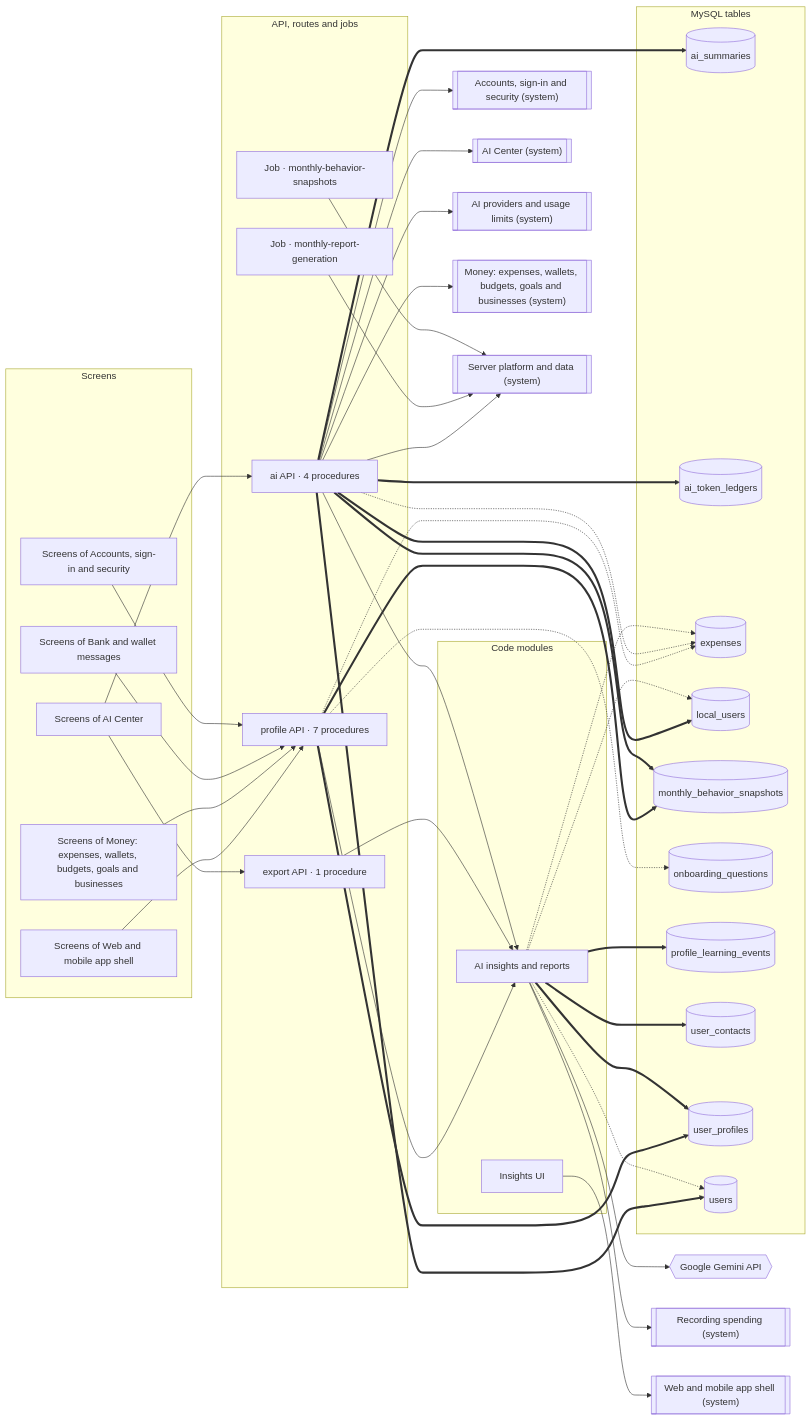
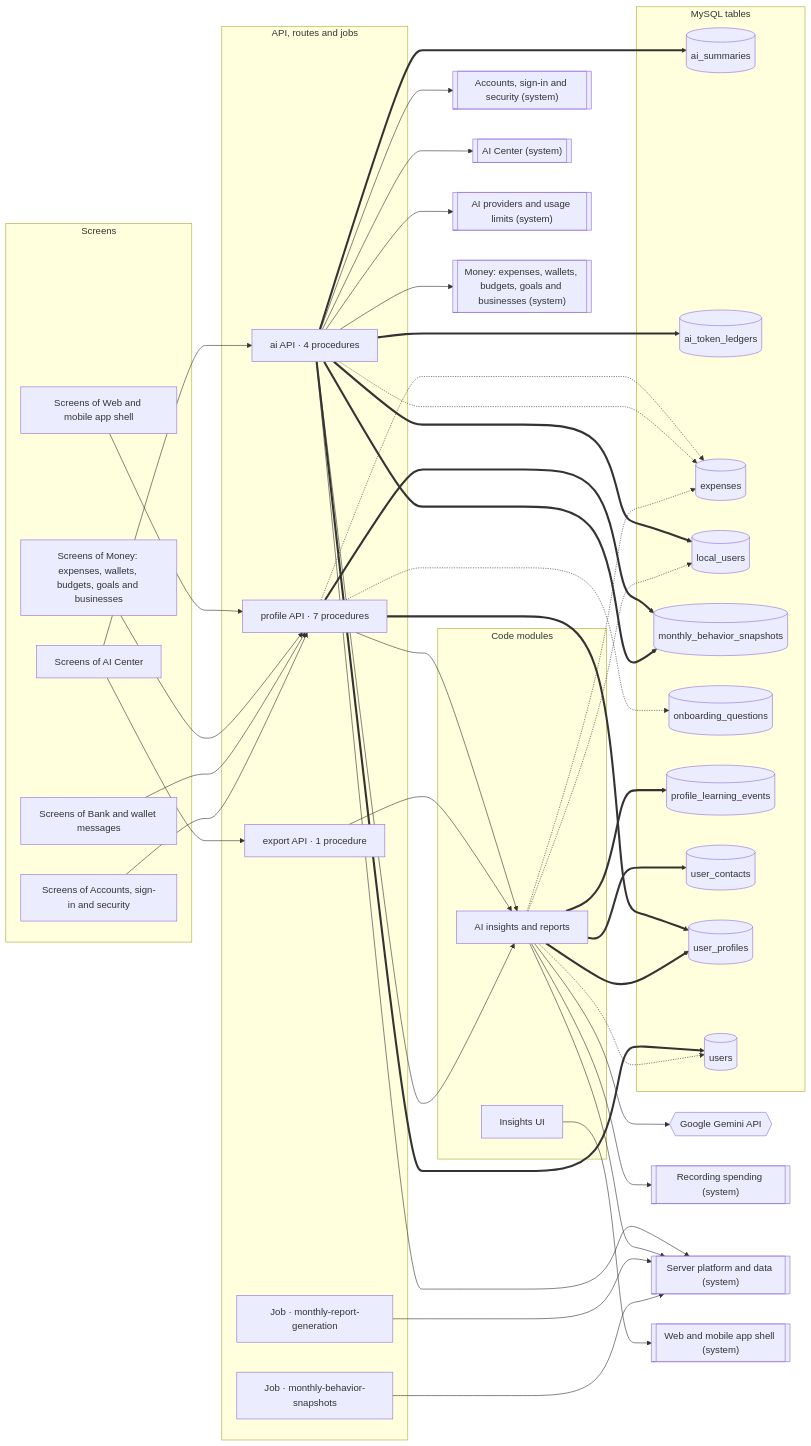
One commit to mahmoudtaherr111/smartspend_mini_all changed the diagram in docs/atlas/systems/insights.md. Above: the diagram before and after it, drawn with Mermaid. The commit also changed 48 other files, not shown here.

````diff
--- a/docs/atlas/systems/insights.md
+++ b/docs/atlas/systems/insights.md
@@ -13,76 +13,77 @@
 ```mermaid
 flowchart LR
   subgraph g_screens["Screens"]
     screens_accounts["Screens of Accounts, sign-in and security"]
     screens_ai_center["Screens of AI Center"]
     screens_bank_messages["Screens of Bank and wallet messages"]
     screens_money["Screens of Money: expenses, wallets, budgets, goals and businesses"]
     screens_web_app["Screens of Web and mobile app shell"]
   end
   subgraph g_api["API, routes and jobs"]
     job_monthly_behavior_snapshots["Job · monthly-behavior-snapshots"]
     job_monthly_report_generation["Job · monthly-report-generation"]
     router_ai["ai API · 4 procedures"]
     router_export["export API · 1 procedure"]
     router_profile["profile API · 7 procedures"]
   end
   subgraph g_modules["Code modules"]
     mod_ai_insights["AI insights and reports"]
     mod_web_insights["Insights UI"]
   end
   subgraph g_tables["MySQL tables"]
     tbl_ai_summaries[("ai_summaries")]
     tbl_ai_token_ledgers[("ai_token_ledgers")]
     tbl_expenses[("expenses")]
     tbl_local_users[("local_users")]
     tbl_monthly_behavior_snapshots[("monthly_behavior_snapshots")]
     tbl_onboarding_questions[("onboarding_questions")]
     tbl_profile_learning_events[("profile_learning_events")]
     tbl_user_contacts[("user_contacts")]
     tbl_user_profiles[("user_profiles")]
     tbl_users[("users")]
   end
   ext_gemini{{"Google Gemini API"}}
   sys_accounts[["Accounts, sign-in and security (system)"]]
   sys_ai_center[["AI Center (system)"]]
   sys_ai_platform[["AI providers and usage limits (system)"]]
   sys_expense_capture[["Recording spending (system)"]]
   sys_money[["Money: expenses, wallets, budgets, goals and businesses (system)"]]
   sys_platform[["Server platform and data (system)"]]
   sys_web_app[["Web and mobile app shell (system)"]]
   job_monthly_behavior_snapshots --> sys_platform
   job_monthly_report_generation --> sys_platform
   mod_ai_insights --> ext_gemini
   mod_ai_insights --> sys_expense_capture
+  mod_ai_insights --> sys_platform
   mod_ai_insights -.-> tbl_expenses
   mod_ai_insights -.-> tbl_local_users
   mod_ai_insights -.-> tbl_users
   mod_ai_insights ==> tbl_profile_learning_events
   mod_ai_insights ==> tbl_user_contacts
   mod_ai_insights ==> tbl_user_profiles
   mod_web_insights --> sys_web_app
   router_ai --> mod_ai_insights
   router_ai --> sys_accounts
   router_ai --> sys_ai_center
   router_ai --> sys_ai_platform
   router_ai --> sys_money
   router_ai --> sys_platform
   router_ai -.-> tbl_expenses
   router_ai ==> tbl_ai_summaries
   router_ai ==> tbl_ai_token_ledgers
   router_ai ==> tbl_local_users
   router_ai ==> tbl_monthly_behavior_snapshots
   router_ai ==> tbl_users
   router_export --> mod_ai_insights
   router_profile --> mod_ai_insights
   router_profile -.-> tbl_expenses
   router_profile -.-> tbl_onboarding_questions
   router_profile ==> tbl_monthly_behavior_snapshots
   router_profile ==> tbl_user_profiles
   screens_accounts --> router_profile
   screens_ai_center --> router_ai
   screens_ai_center --> router_export
   screens_bank_messages --> router_profile
   screens_money --> router_profile
   screens_web_app --> router_profile
 ```
````
